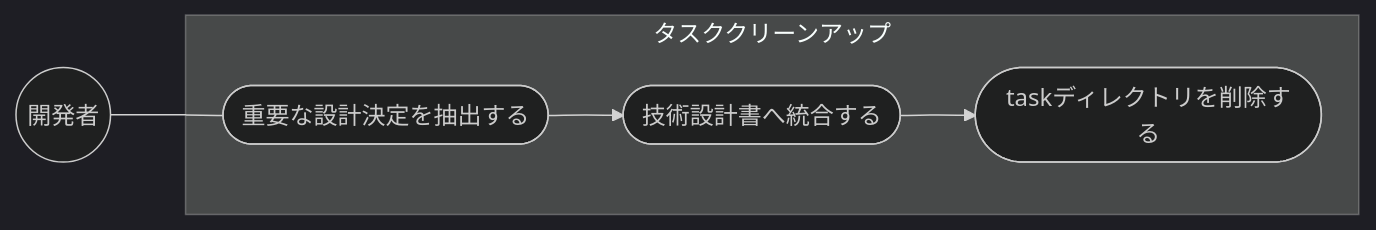
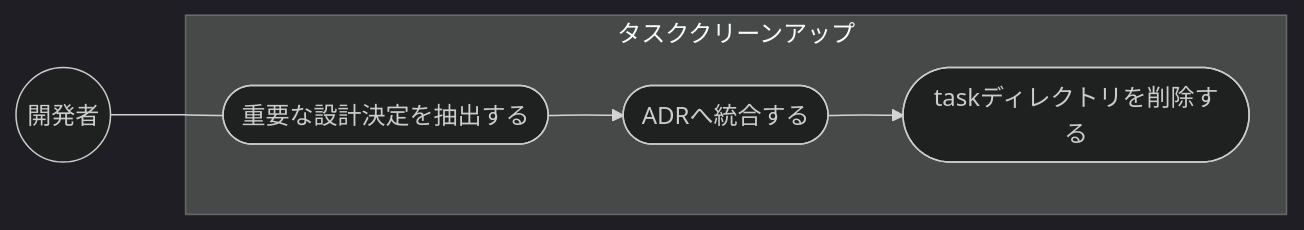
Before and after one commit to ToshikiImagawa/ai-sdd-workflow-dev: the first of 2 diagrams in .sdd/requirement/task-implementation/task-cleanup.md, drawn with Mermaid. The commit also changed other lines of this file and 13 other files, not shown here.

````diff
--- a/.sdd/requirement/task-implementation/task-cleanup.md
+++ b/.sdd/requirement/task-implementation/task-cleanup.md
@@ -34,14 +36,14 @@
 ```mermaid
 %%{init: {'theme': 'dark'}}%%
 flowchart LR
     Developer((開発者))
 
     subgraph TaskCleanup["タスククリーンアップ"]
         ExtractDecisions([重要な設計決定を抽出する])
-        MergeToDesign([技術設計書へ統合する])
+        MergeToAdr([ADRへ統合する])
         DeleteTaskDir([taskディレクトリを削除する])
     end
 
     Developer --- ExtractDecisions
-    ExtractDecisions --> MergeToDesign --> DeleteTaskDir
+    ExtractDecisions --> MergeToAdr --> DeleteTaskDir
 ```
````
